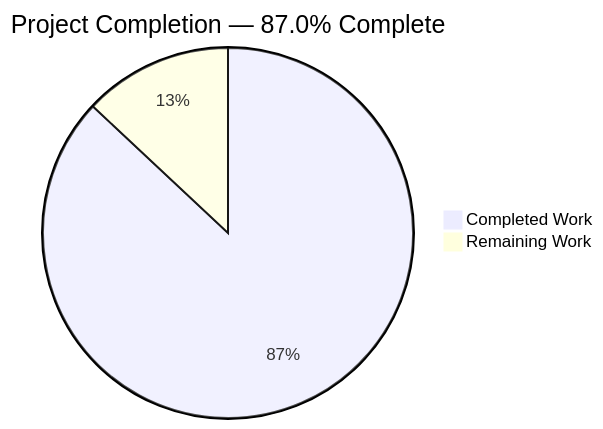
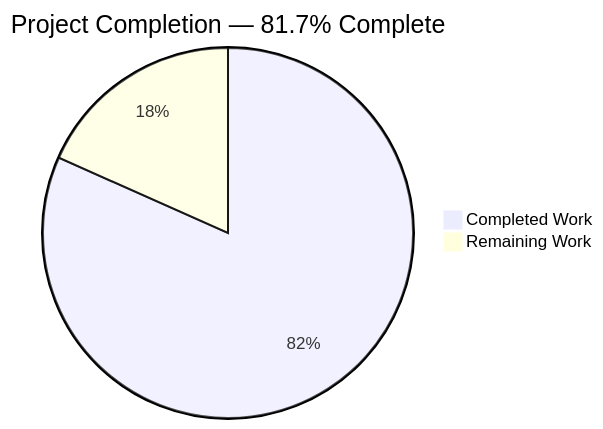
Before and after one commit to Tzadiko/monero: the first of 4 diagrams in blitzy/documentation/Project Guide.md, drawn with Mermaid. The commit also changed other lines of this file and 3 other files, not shown here.

````diff
--- a/blitzy/documentation/Project Guide.md
+++ b/blitzy/documentation/Project Guide.md
@@ -9,5 +9,5 @@
 ```mermaid
-pie title Project Completion — 87.0% Complete
+pie title Project Completion — 81.7% Complete
     "Completed Work" : 147
-    "Remaining Work" : 22
+    "Remaining Work" : 33
 ```
````
